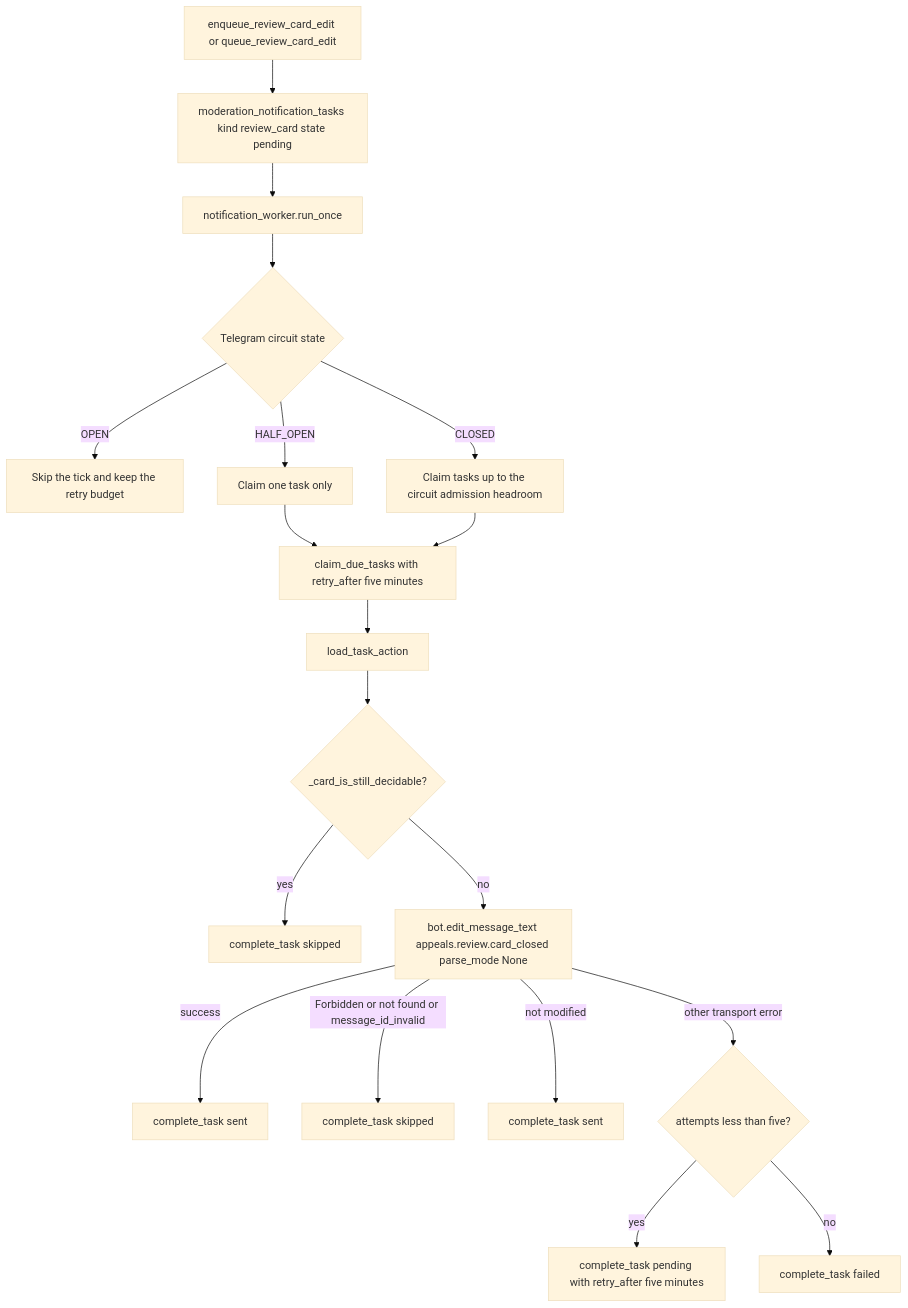
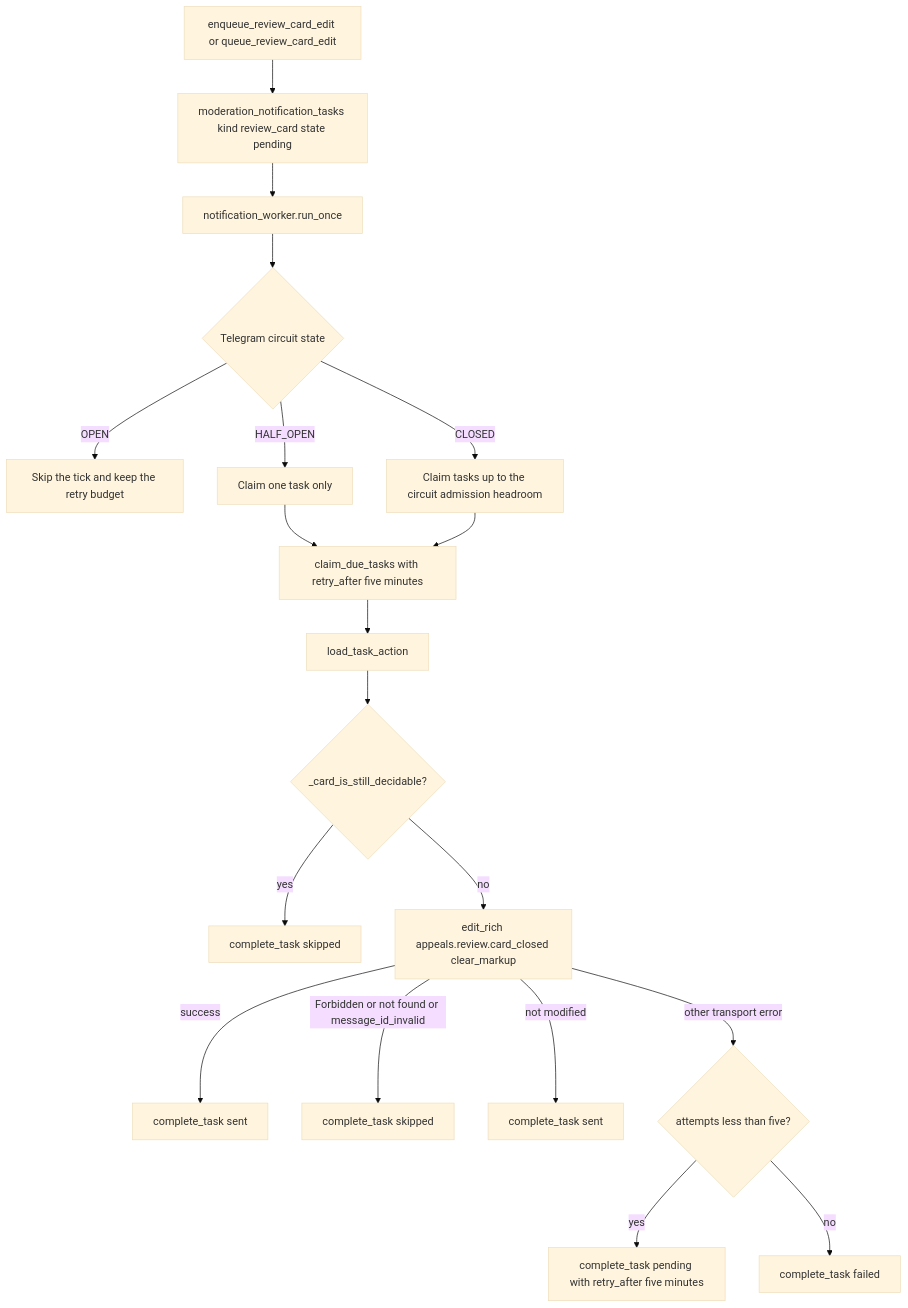
The fourth of 4 diagrams in docs/flows/appeals.md (D1ZZY4/tcbot), drawn with Mermaid (base theme) before and after one commit. The commit also changed other lines of this file and 4 other files, not shown here.

````diff
--- a/docs/flows/appeals.md
+++ b/docs/flows/appeals.md
@@ -204,21 +204,21 @@
 ```mermaid
 flowchart TD
     ENQUEUE[enqueue_review_card_edit or queue_review_card_edit] --> ROW[moderation_notification_tasks kind review_card state pending]
     ROW --> TICK[notification_worker.run_once]
     TICK --> CB{Telegram circuit state}
     CB -->|OPEN| PAUSE[Skip the tick and keep the retry budget]
     CB -->|HALF_OPEN| ONE[Claim one task only]
     CB -->|CLOSED| TEN[Claim tasks up to the circuit admission headroom]
     ONE --> CLAIM[claim_due_tasks with retry_after five minutes]
     TEN --> CLAIM
     CLAIM --> LOAD[load_task_action]
     LOAD --> LIVE{_card_is_still_decidable?}
     LIVE -->|yes| SKIP[complete_task skipped]
-    LIVE -->|no| EDIT[bot.edit_message_text appeals.review.card_closed parse_mode None]
+    LIVE -->|no| EDIT[edit_rich appeals.review.card_closed clear_markup]
     EDIT -->|success| SENT[complete_task sent]
     EDIT -->|Forbidden or not found or message_id_invalid| SKIPPED[complete_task skipped]
     EDIT -->|not modified| OK[complete_task sent]
     EDIT -->|other transport error| RETRY{attempts less than five?}
     RETRY -->|yes| PENDING[complete_task pending with retry_after five minutes]
     RETRY -->|no| FAILED[complete_task failed]
 ```
````
